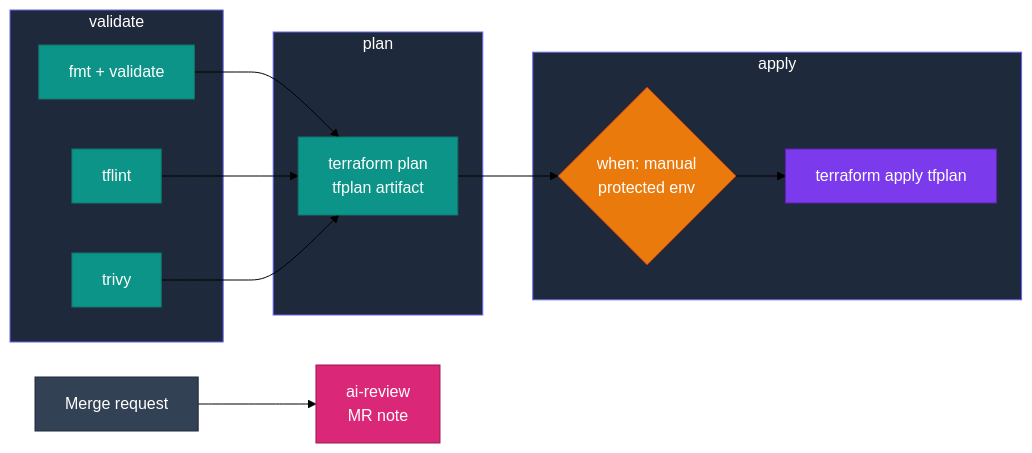
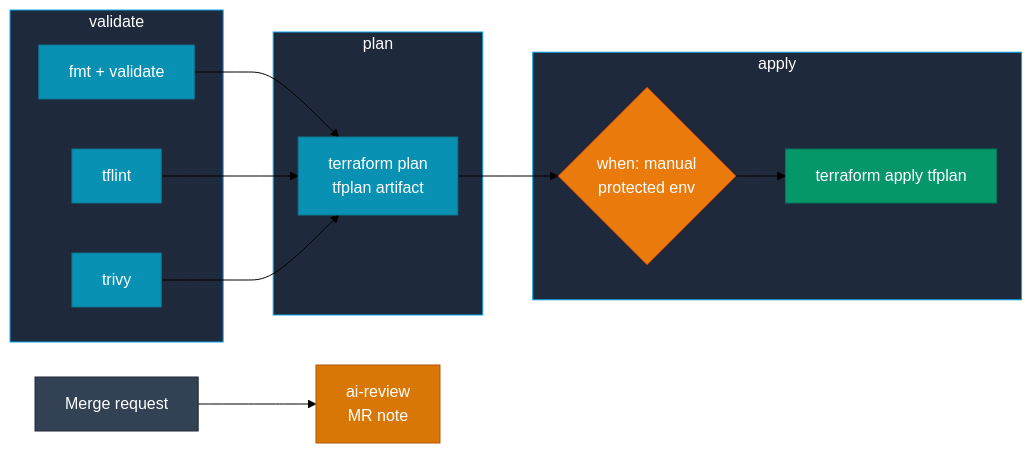
One commit to jinalshah/devops-images changed the diagram in docs/workflows/ci-cd-gitlab.md. Above: the diagram before and after it, drawn with Mermaid (forest theme). The commit also changed 29 other files, not shown here.

````diff
--- a/docs/workflows/ci-cd-gitlab.md
+++ b/docs/workflows/ci-cd-gitlab.md
@@ -7,31 +7,31 @@
 ```mermaid
 flowchart LR
   subgraph validate
     FMT["fmt + validate"]
     LINT["tflint"]
     SCAN["trivy"]
   end
   subgraph plan
     PLAN["terraform plan<br/>tfplan artifact"]
   end
   subgraph apply
     GATE{"when: manual<br/>protected env"}
     APPLY["terraform apply tfplan"]
   end
   MR["Merge request"] --> AI["ai-review<br/>MR note"]
   FMT & LINT & SCAN --> PLAN --> GATE --> APPLY
 
-  classDef base fill:#0d9488,stroke:#0f766e,color:#fff
-  classDef ai fill:#db2777,stroke:#9d174d,color:#fff
+  classDef base fill:#0891b2,stroke:#0e7490,color:#fff
+  classDef ai fill:#d97706,stroke:#b45309,color:#fff
   classDef aws fill:#ea7a0c,stroke:#c2410c,color:#fff
-  classDef all fill:#7c3aed,stroke:#5b21b6,color:#fff
+  classDef all fill:#059669,stroke:#047857,color:#fff
   classDef neutral fill:#334155,stroke:#1e293b,color:#fff
   class FMT,LINT,SCAN,PLAN base
   class AI ai
   class GATE aws
   class APPLY all
   class MR neutral
-  style validate fill:#1e293b,stroke:#6366f1,color:#fff
-  style plan fill:#1e293b,stroke:#6366f1,color:#fff
-  style apply fill:#1e293b,stroke:#6366f1,color:#fff
+  style validate fill:#1e293b,stroke:#0ea5e9,color:#fff
+  style plan fill:#1e293b,stroke:#0ea5e9,color:#fff
+  style apply fill:#1e293b,stroke:#0ea5e9,color:#fff
 ```
````
